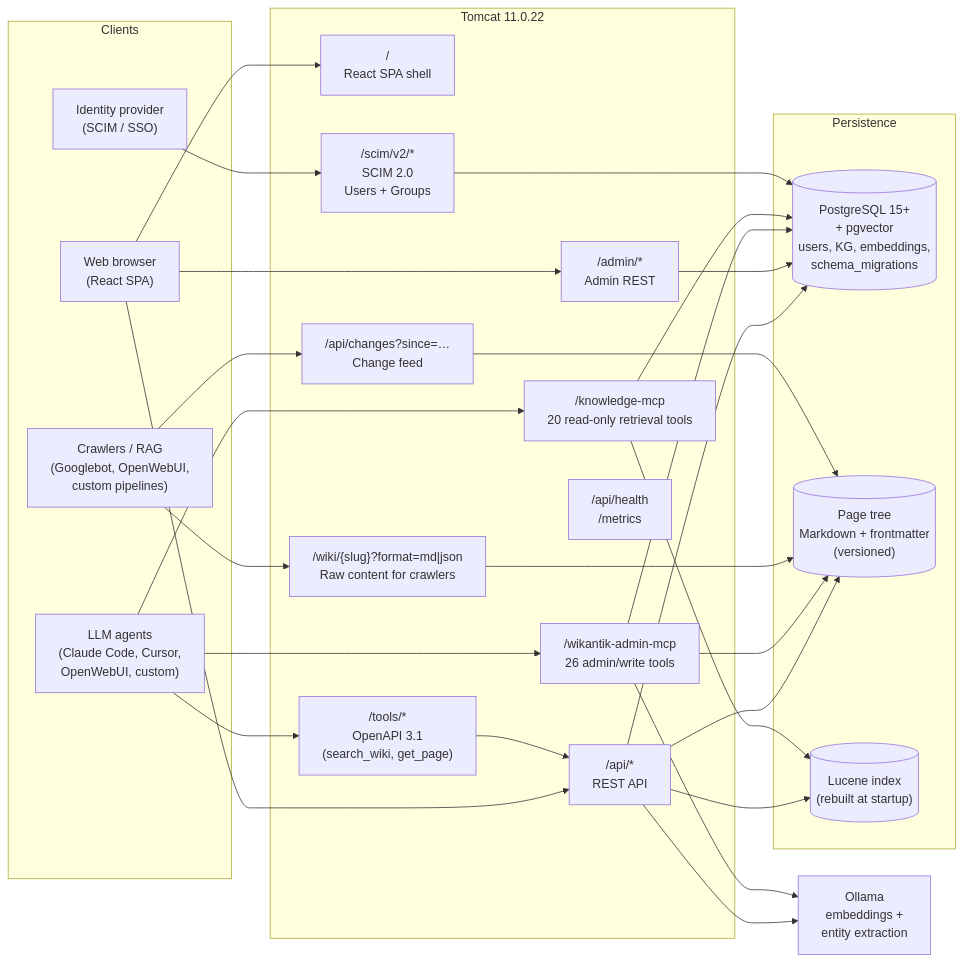
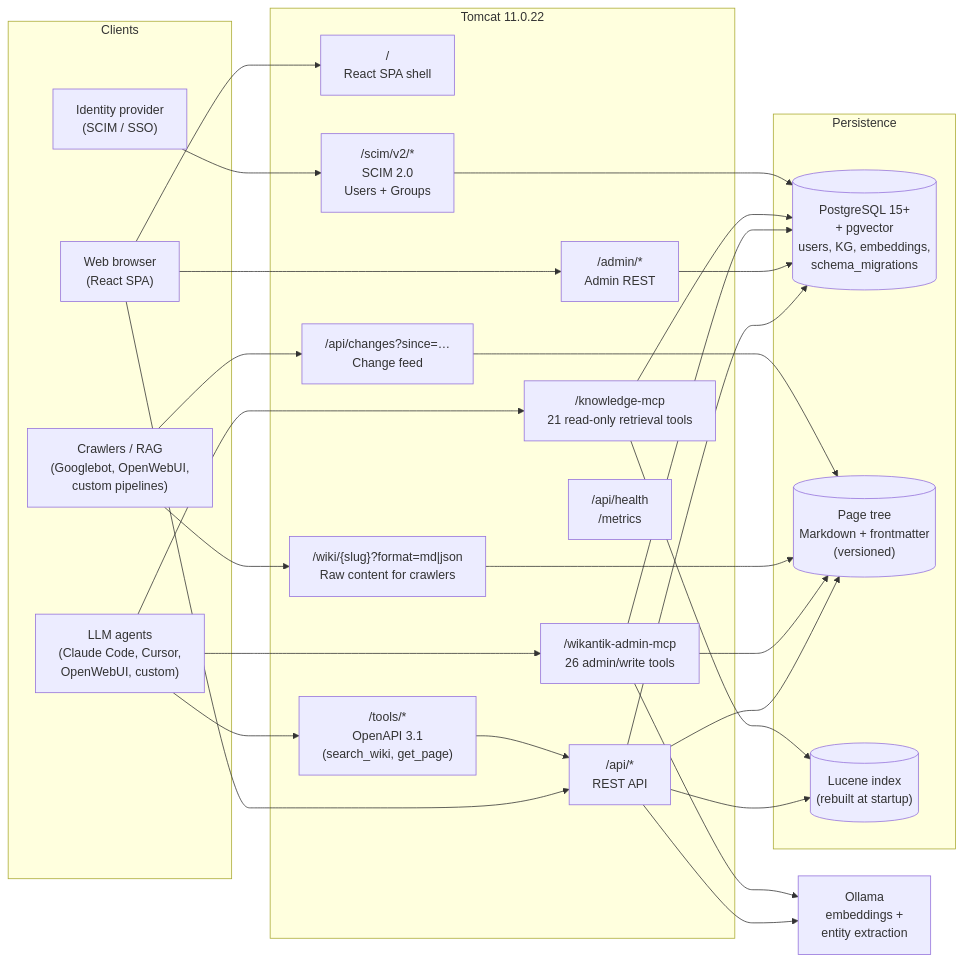
Before and after one commit to jakefearsd/wikantik: the diagram in README.md, drawn with Mermaid. The commit also changed other lines of this file and 2 other files, not shown here.

````diff
--- a/README.md
+++ b/README.md
@@ -96,56 +96,56 @@
 ```mermaid
 flowchart LR
     subgraph clients [Clients]
         Browser["Web browser<br/>(React SPA)"]
         Agent["LLM agents<br/>(Claude Code, Cursor,<br/>OpenWebUI, custom)"]
         Crawler["Crawlers / RAG<br/>(Googlebot, OpenWebUI,<br/>custom pipelines)"]
         IdP["Identity provider<br/>(SCIM / SSO)"]
     end
 
     subgraph tomcat [Tomcat 11.0.22]
         SPA["/<br/>React SPA shell"]
         REST["/api/*<br/>REST API"]
         Admin["/admin/*<br/>Admin REST"]
         Raw["/wiki/{slug}?format=md|json<br/>Raw content for crawlers"]
         Changes["/api/changes?since=…<br/>Change feed"]
         AdminMCP["/wikantik-admin-mcp<br/>26 admin/write tools"]
-        KnowMCP["/knowledge-mcp<br/>20 read-only retrieval tools"]
+        KnowMCP["/knowledge-mcp<br/>21 read-only retrieval tools"]
         Tools["/tools/*<br/>OpenAPI 3.1<br/>(search_wiki, get_page)"]
         Scim["/scim/v2/*<br/>SCIM 2.0<br/>Users + Groups"]
         Health["/api/health<br/>/metrics"]
     end
 
     subgraph data [Persistence]
         PG[("PostgreSQL 15+<br/>+ pgvector<br/>users, KG, embeddings,<br/>schema_migrations")]
         Pages[("Page tree<br/>Markdown + frontmatter<br/>(versioned)")]
         Lucene[("Lucene index<br/>(rebuilt at startup)")]
     end
 
     Ollama["Ollama<br/>embeddings +<br/>entity extraction"]
 
     Browser --> SPA
     Browser --> REST
     Browser --> Admin
     Crawler --> Raw
     Crawler --> Changes
     Agent --> AdminMCP
     Agent --> KnowMCP
     Agent --> Tools
     IdP --> Scim
 
     REST --> PG
     REST --> Pages
     REST --> Lucene
     Admin --> PG
     AdminMCP --> PG
     AdminMCP --> Pages
     KnowMCP --> PG
     KnowMCP --> Lucene
     Raw --> Pages
     Changes --> Pages
     Tools --> REST
     Scim --> PG
 
     REST --> Ollama
     AdminMCP --> Ollama
 ```
````
